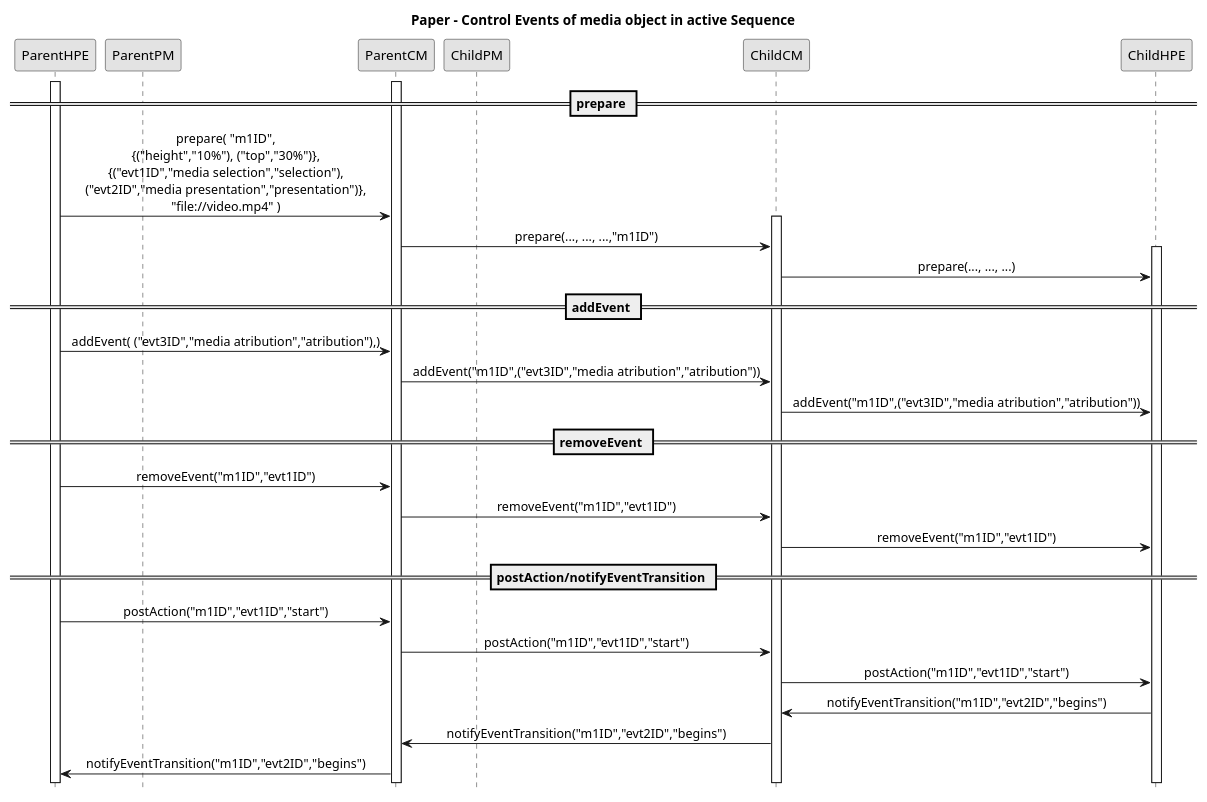
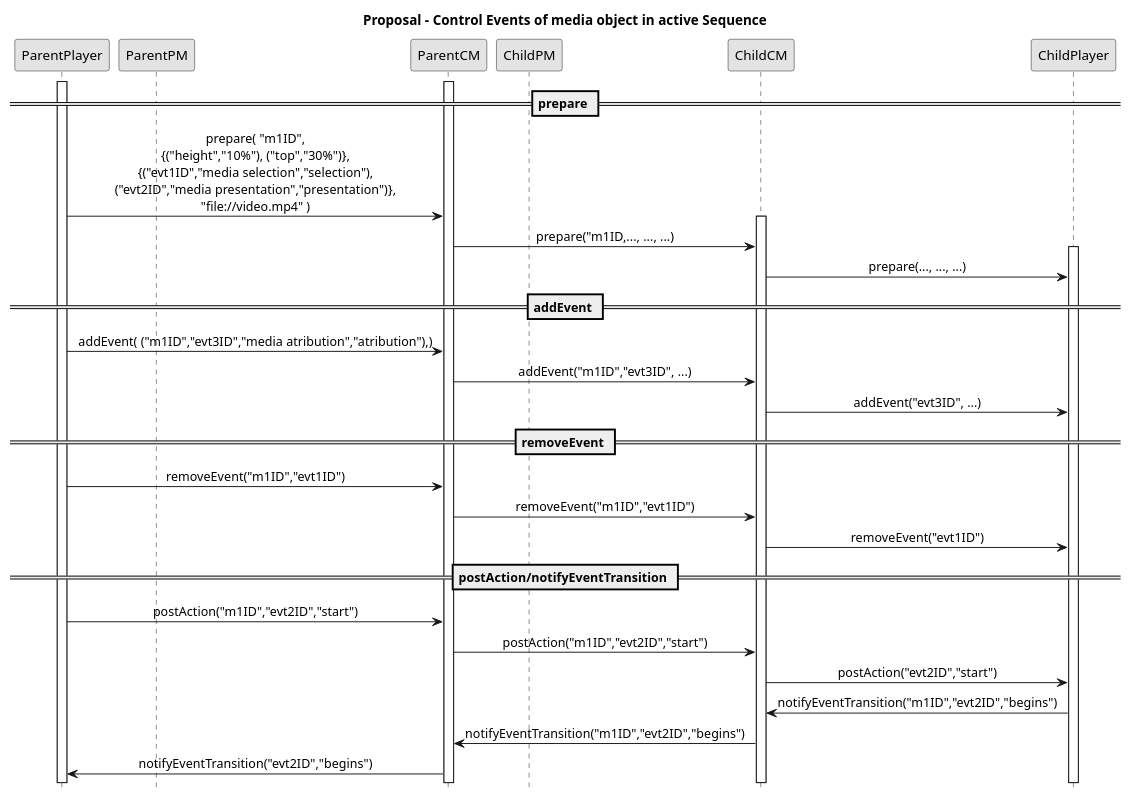
One commit to alanlivio/fsmda changed the diagram in sequence3proposal.plantuml. Above: the diagram before and after it, drawn with PlantUML. The commit also changed 6 other files, not shown here.

Commit message:
docs: Refactory title names. Fixes. Rename ChildHPE and ParentHPE to Player in objects controls. Remove media ID to Player call.

```diff
--- a/sequence3proposal.plantuml
+++ b/sequence3proposal.plantuml
@@ -2,40 +2,40 @@
 @startuml
 hide footbox
 skinparam monochrome true
 skinparam sequenceMessageAlign center
 
-participant ParentHPE
+participant ParentPlayer
 participant ParentPM
 participant ParentCM
 participant ChildPM
 participant ChildCM
-participant ChildHPE
+participant ChildPlayer
 
-''''''''''''''''''Paper - Control Events of media object in active Sequence'''''''''''''''''
-title Paper - Control Events of media object in active Sequence
+''''''''''''''''''Proposal - Control Events of media object in active Sequence'''''''''''''''''
+title Proposal - Control Events of media object in active Sequence
 == prepare ==
-activate ParentHPE
+activate ParentPlayer
 activate ParentCM
-ParentHPE->ParentCM: prepare( "m1ID",\n{("height","10%"), ("top","30%")},\n{("evt1ID","media selection","selection"),\n("evt2ID","media presentation","presentation")},\n"file://video.mp4" )
+ParentPlayer->ParentCM: prepare( "m1ID",\n{("height","10%"), ("top","30%")},\n{("evt1ID","media selection","selection"),\n("evt2ID","media presentation","presentation")},\n"file://video.mp4" )
 activate ChildCM
-ParentCM->ChildCM:   prepare(..., ..., ...,"m1ID")
-activate ChildHPE
-ChildCM->ChildHPE:   prepare(..., ..., ...)
+ParentCM->ChildCM:   prepare("m1ID,..., ..., ...)
+activate ChildPlayer
+ChildCM->ChildPlayer:   prepare(..., ..., ...)
 == addEvent ==
-ParentHPE->ParentCM: addEvent( ("evt3ID","media atribution","atribution"),)
-ParentCM->ChildCM:   addEvent("m1ID",("evt3ID","media atribution","atribution"))
-ChildCM->ChildHPE:   addEvent("m1ID",("evt3ID","media atribution","atribution"))
+ParentPlayer->ParentCM: addEvent( ("m1ID","evt3ID","media atribution","atribution"),)
+ParentCM->ChildCM:   addEvent("m1ID","evt3ID", ...)
+ChildCM->ChildPlayer:   addEvent("evt3ID", ...)
 == removeEvent ==
-ParentHPE->ParentCM: removeEvent("m1ID","evt1ID")
+ParentPlayer->ParentCM: removeEvent("m1ID","evt1ID")
 ParentCM->ChildCM:   removeEvent("m1ID","evt1ID")
-ChildCM->ChildHPE:   removeEvent("m1ID","evt1ID")
+ChildCM->ChildPlayer:   removeEvent("evt1ID")
 == postAction/notifyEventTransition ==
-ParentHPE->ParentCM: postAction("m1ID","evt1ID","start")
-ParentCM->ChildCM:   postAction("m1ID","evt1ID","start")
-ChildCM->ChildHPE:   postAction("m1ID","evt1ID","start")
-ChildHPE->ChildCM:   notifyEventTransition("m1ID","evt2ID","begins")
+ParentPlayer->ParentCM: postAction("m1ID","evt2ID","start")
+ParentCM->ChildCM:   postAction("m1ID","evt2ID","start")
+ChildCM->ChildPlayer:   postAction("evt2ID","start")
+ChildPlayer->ChildCM:   notifyEventTransition("m1ID","evt2ID","begins")
 ChildCM->ParentCM:   notifyEventTransition("m1ID","evt2ID","begins")
-ParentCM->ParentHPE: notifyEventTransition("m1ID","evt2ID","begins")
+ParentCM->ParentPlayer: notifyEventTransition("evt2ID","begins")
 
 ''''''''''''''''''Ending PLANTUML params'''''''''''''''''
 @enduml
```
